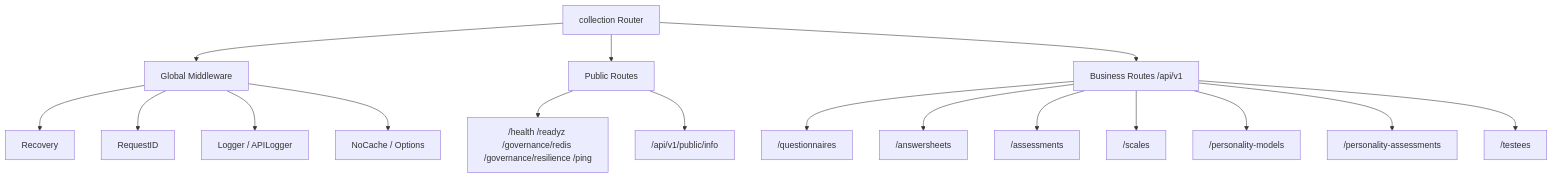
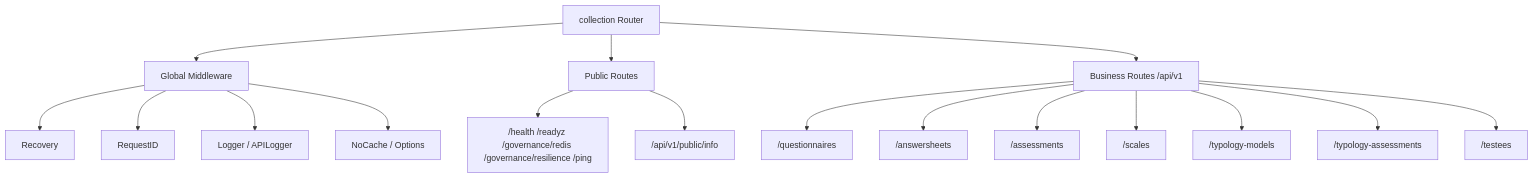
Before and after one commit to FangcunMount/qs-server: the diagram in docs/04-接口与运维/02-collection-REST.md, drawn with Mermaid. The commit also changed other lines of this file and 94 other files, not shown here.

````diff
--- a/docs/04-接口与运维/02-collection-REST.md
+++ b/docs/04-接口与运维/02-collection-REST.md
@@ -28,28 +28,28 @@
 ```mermaid
 flowchart TB
     Router["collection Router"]
 
     Global["Global Middleware"]
     Public["Public Routes"]
     Biz["Business Routes /api/v1"]
 
     Router --> Global
     Router --> Public
     Router --> Biz
 
     Global --> recovery["Recovery"]
     Global --> requestID["RequestID"]
     Global --> logger["Logger / APILogger"]
     Global --> nocache["NoCache / Options"]
 
     Public --> health["/health /readyz /governance/redis /governance/resilience /ping"]
     Public --> info["/api/v1/public/info"]
 
     Biz --> questionnaire["/questionnaires"]
     Biz --> answersheets["/answersheets"]
     Biz --> assessments["/assessments"]
     Biz --> scales["/scales"]
-    Biz --> personalityModels["/personality-models"]
-    Biz --> personalityAssessments["/personality-assessments"]
+    Biz --> typologyModels["/typology-models"]
+    Biz --> typologyAssessments["/typology-assessments"]
     Biz --> testees["/testees"]
 ```
````
